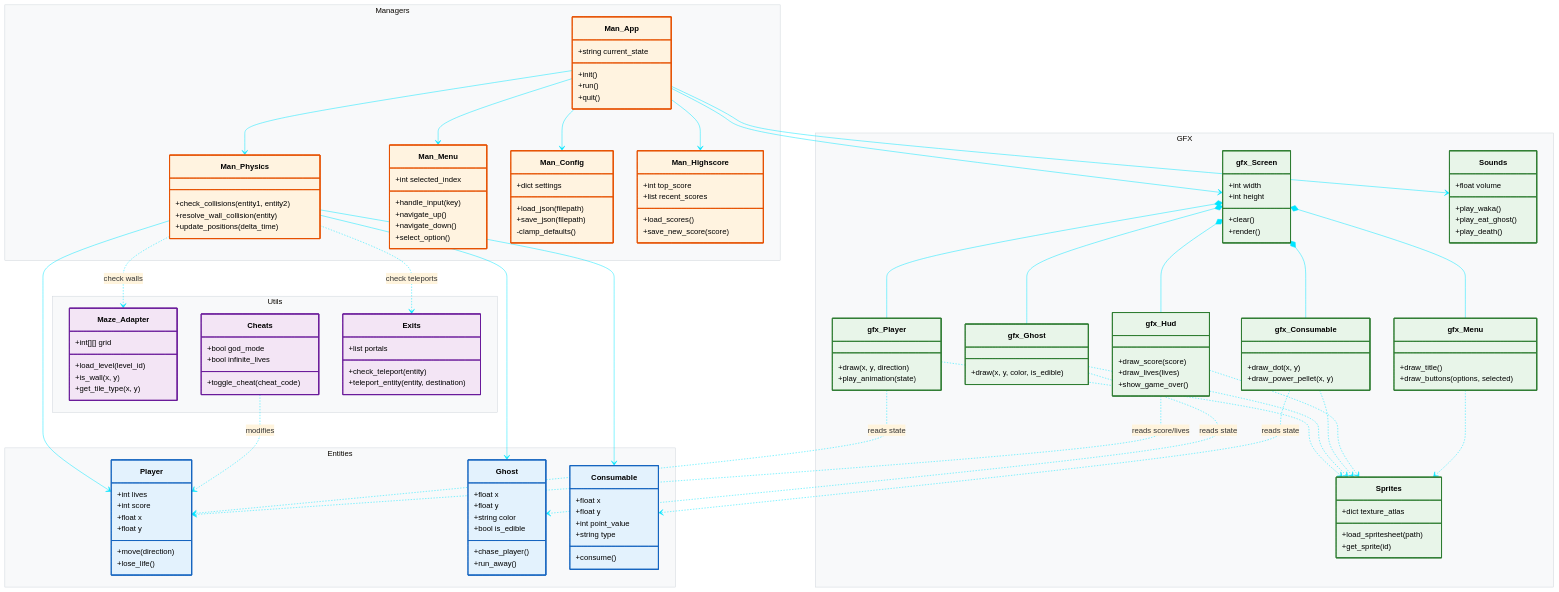
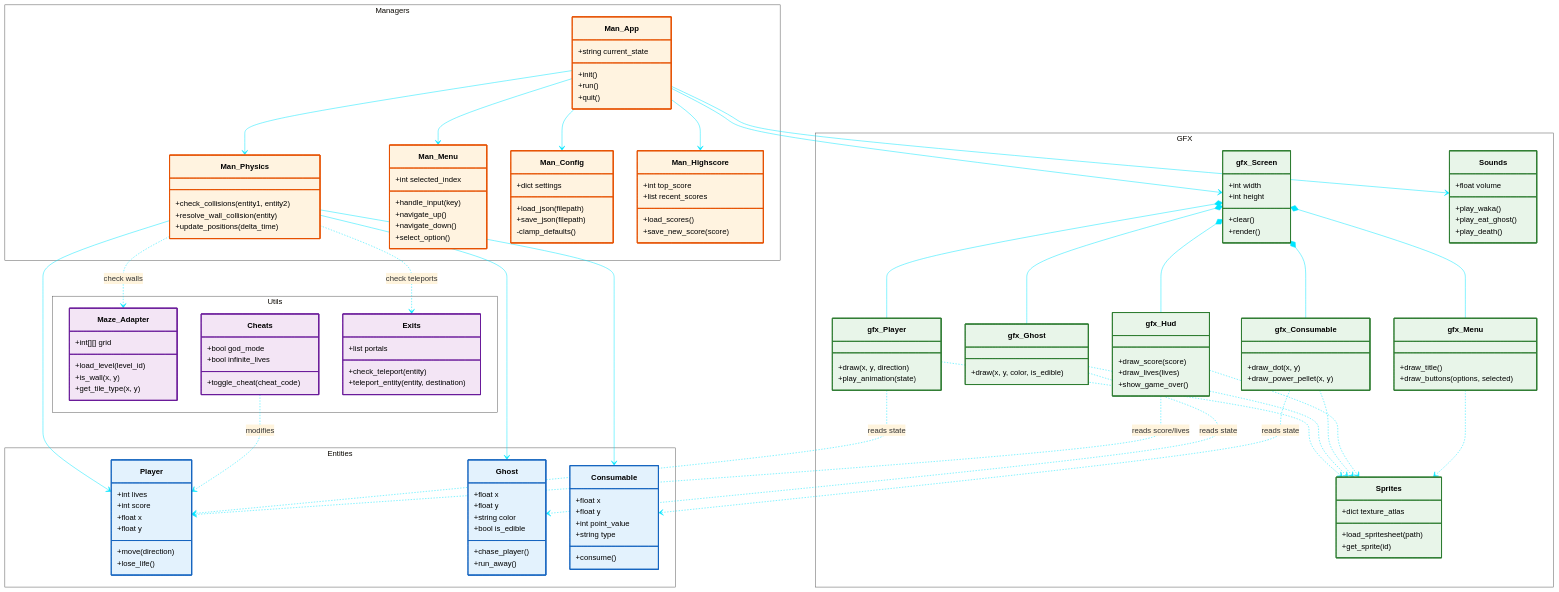
The diagram in README.md (OlekKruh/FTPacMan), drawn with Mermaid before and after one commit.

Commit message:
README update

````diff
--- a/README.md
+++ b/README.md
@@ -1,5 +1,5 @@
 ```mermaid
-%%{init: {'theme': 'base', 'themeVariables': { 'clusterBkg': '#f8f9fa', 'clusterBorder': '#ced4da', 'lineColor': '#00E5FF'}}}%%
+%%{init: {'theme': 'base', 'themeVariables': { 'clusterBkg': 'transparent', 'clusterBorder': '#555555', 'lineColor': '#00E5FF'}}}%%
 classDiagram
     namespace Entities {
         class Player {
````
